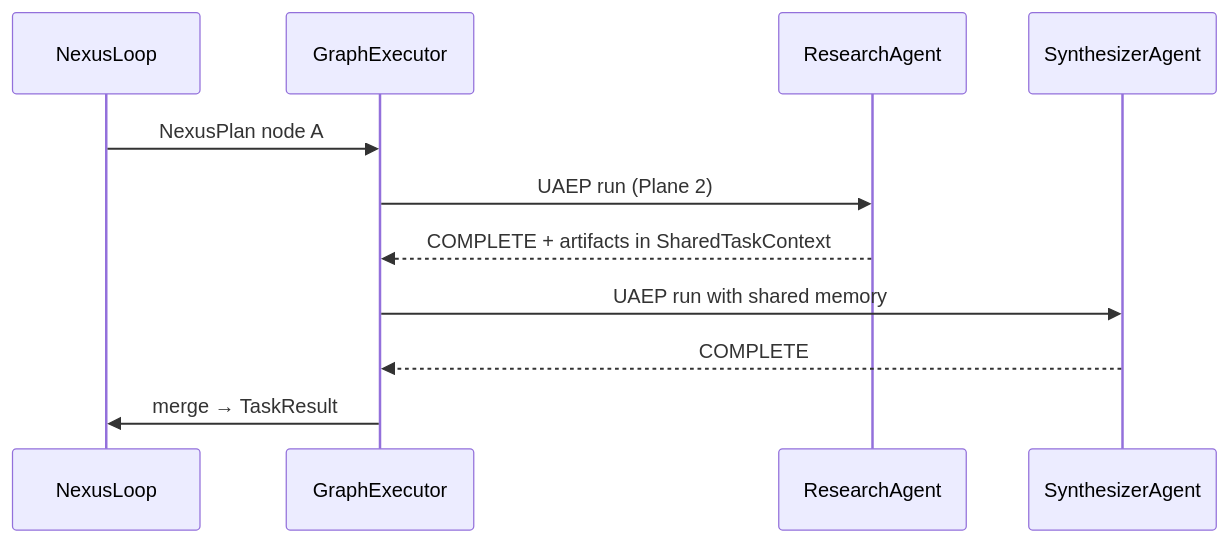
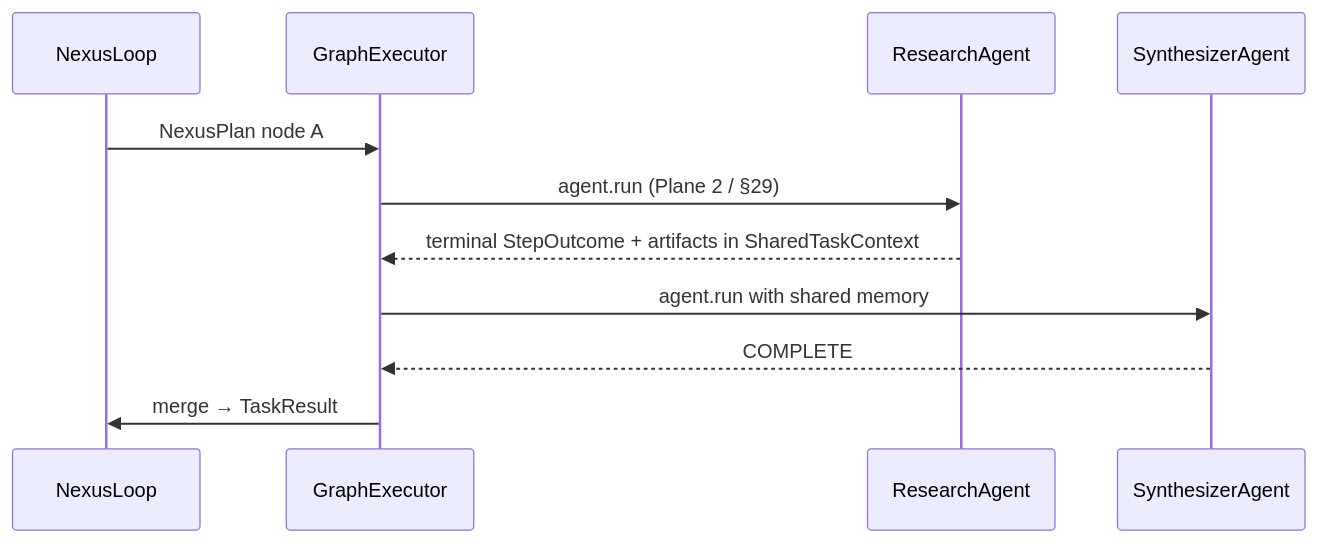
Before and after one commit to jakbuczarnecki/intergrax: the fifth of 6 diagrams in docs/architecture/AGENT_CONTRACTS_AND_ASSEMBLY.md, drawn with Mermaid. The commit also changed other lines of this file and 6 other files, not shown here.

````diff
--- a/docs/architecture/AGENT_CONTRACTS_AND_ASSEMBLY.md
+++ b/docs/architecture/AGENT_CONTRACTS_AND_ASSEMBLY.md
@@ -944,14 +943,14 @@
 ```mermaid
 sequenceDiagram
     participant NL as NexusLoop
     participant G as GraphExecutor
     participant A as ResearchAgent
     participant B as SynthesizerAgent
 
     NL->>G: NexusPlan node A
-    G->>A: UAEP run (Plane 2)
-    A-->>G: COMPLETE + artifacts in SharedTaskContext
-    G->>B: UAEP run with shared memory
+    G->>A: agent.run (Plane 2 / §29)
+    A-->>G: terminal StepOutcome + artifacts in SharedTaskContext
+    G->>B: agent.run with shared memory
     B-->>G: COMPLETE
     G->>NL: merge → TaskResult
 ```
````
